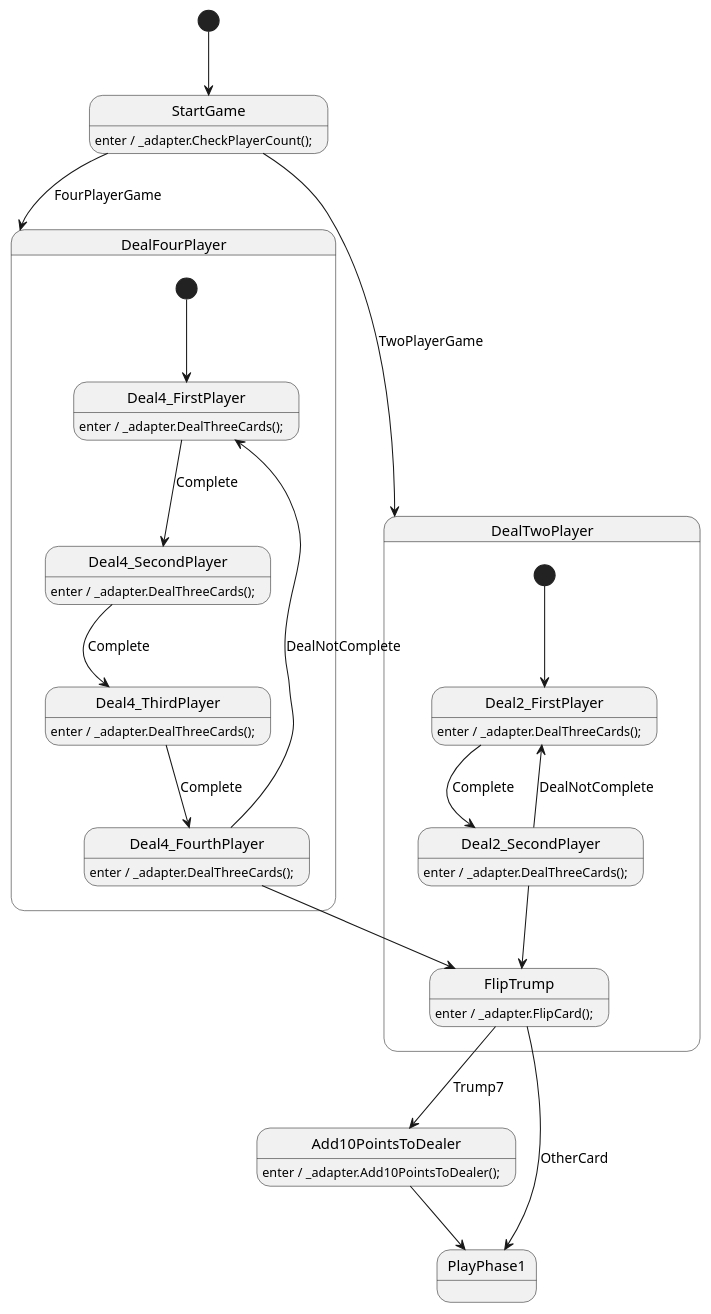
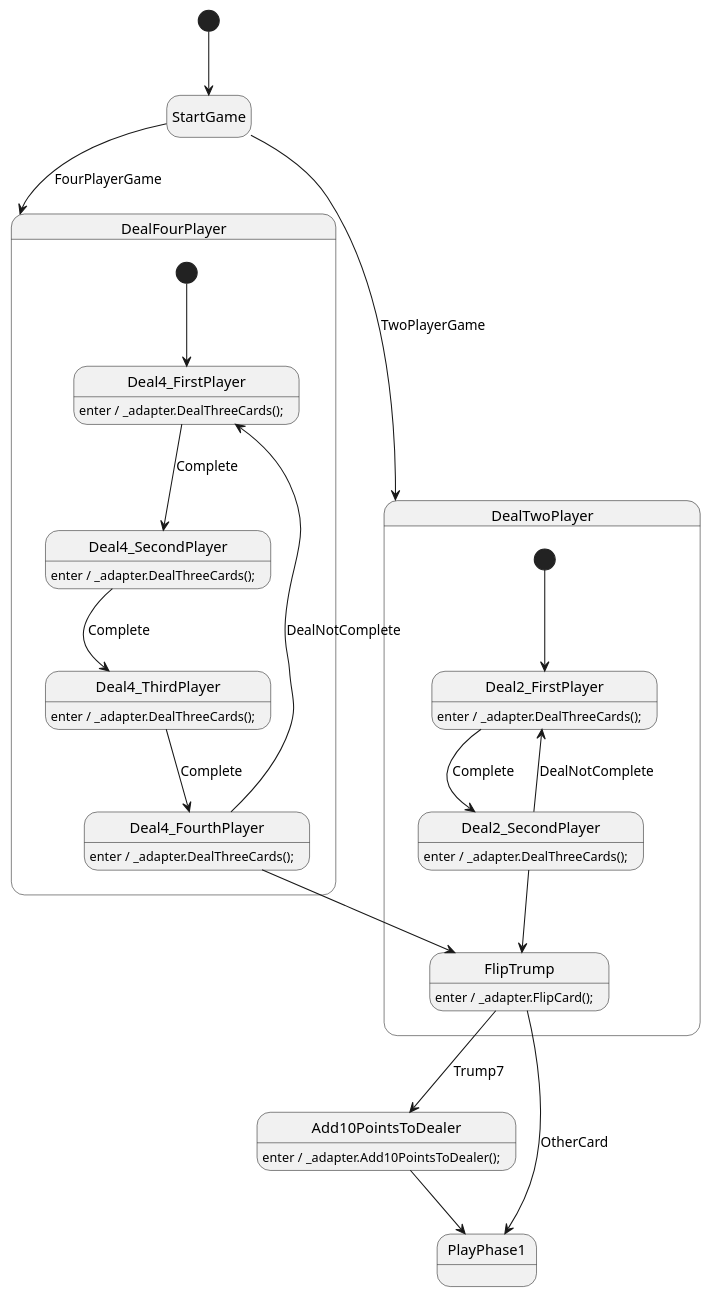
The diagram in BeziqueCore/Bezique.puml (shefat2002/BeziqueCore), drawn with PlantUML before and after one commit. The commit also changed 43 other files, not shown here.

```diff
--- a/BeziqueCore/Bezique.puml
+++ b/BeziqueCore/Bezique.puml
@@ -1,193 +1,191 @@
 @startuml Bezique
 
 /'! $CONFIG : toml
 SmRunnerSettings.transpilerId = "CSharp"
 
 [RenderConfig.CSharp]
 NameSpace = "BeziqueCore;"
 '/
 
 hide empty description
 skinparam stateMessageAlignment center
 
 state StartGame
 
 [*] --> StartGame
 StartGame --> DealTwoPlayer : TwoPlayerGame
 StartGame --> DealFourPlayer : FourPlayerGame
-
-StartGame : enter / _adapter.CheckPlayerCount();
 
 state DealTwoPlayer{
     state Deal2_FirstPlayer
     state Deal2_SecondPlayer
     
     [*] -down-> Deal2_FirstPlayer 
     Deal2_FirstPlayer --> Deal2_SecondPlayer : Complete
     Deal2_SecondPlayer --> Deal2_FirstPlayer : DealNotComplete
     Deal2_SecondPlayer --> FlipTrump
     
     Deal2_FirstPlayer : enter / _adapter.DealThreeCards();
     Deal2_SecondPlayer : enter / _adapter.DealThreeCards();
     
 }
 
 state DealFourPlayer{
     state Deal4_FirstPlayer
     state Deal4_SecondPlayer
     state Deal4_ThirdPlayer
     state Deal4_FourthPlayer
     
     [*] -down-> Deal4_FirstPlayer 
     Deal4_FirstPlayer --> Deal4_SecondPlayer : Complete
     Deal4_SecondPlayer --> Deal4_ThirdPlayer : Complete
     Deal4_ThirdPlayer --> Deal4_FourthPlayer : Complete
     Deal4_FourthPlayer --> Deal4_FirstPlayer : DealNotComplete
     Deal4_FourthPlayer --> FlipTrump
     
     Deal4_FirstPlayer : enter / _adapter.DealThreeCards();
     Deal4_SecondPlayer : enter / _adapter.DealThreeCards();
     Deal4_ThirdPlayer : enter / _adapter.DealThreeCards();
     Deal4_FourthPlayer : enter / _adapter.DealThreeCards();
 }
 
 
 
 state FlipTrump
 
 FlipTrump : enter / _adapter.FlipCard();
 
 FlipTrump --> Add10PointsToDealer : Trump7
 FlipTrump --> PlayPhase1 : OtherCard
 
 Add10PointsToDealer : enter / _adapter.Add10PointsToDealer();
 
 Add10PointsToDealer --> PlayPhase1
 
 state PlayPhase1{
 
 }
 
 
 'state StartGame
 '
 '
 'state Deal2Player {
 '    [*] -> Deal2_1
 '
 '
 '    Deal2_1 -> Deal2_2 :  Complete;
 '    Deal2_2 --> Deal2_1 : Pending;
 '    Deal2_2 --> SelectTrump : Complete;
 '
 '    Deal2_1 : enter / _adapter.Deal2_1()
 '    Deal2_2 : enter / _adapter.Deal2_2()
 '}
 'state Deal4Player {
 '    [*] -> Deal4_1
 '
 '
 '    Deal4_1 -> Deal4_2 : Complete;
 '    Deal4_2 -> Deal4_3 : Complete;
 '    Deal4_3 -> Deal4_4 : Complete;
 '    
 '    DealFirst -> DealLast : Complete;
 '    DealLast --> DealFirst : Complete;
 '
 '    Deal4_1 : enter / _adapter.DealFirst()
 '    Deal4_2 : enter / _adapter.DealThird()
 '    Deal4_3 : enter / _adapter.DealSecond()
 '    Deal4_4 : enter / _adapter.DealLastSet()
 '}
 '
 '[*] -> StartGame
 'StartGame --> Deal2Player : _adapter.isTwoPlayerGame();
 '
 '
 'state SelectTrump{
 '    SelectTrump : enter / _adapter.SelectTrump()
 '    
 '    SelectTrump --> Play : Complete
 '}
 '
 'state Play {
 '    [*] -> PlayFirst
 '
 '    state PlayFirst
 '    state PlayMid
 '    state PlayLast
 '
 '    PlayFirst : enter / _adapter.PlayFirstCard()
 '    PlayFirst -> PlayMid : HasMid
 '    PlayFirst -> PlayLast : Complete
 '
 '    PlayMid : enter / _adapter.PlayMidCard()
 '    PlayMid -> PlayLast : Complete
 '
 '    PlayLast : enter / _adapter.PlayLastCard()
 '    PlayLast --> Meld : Complete
 '}
 '
 'state Meld {
 '    [*] -> TryMelded
 '
 '    state TryMelded
 '    state Melded
 '    state NoMeld
 '
 '    TryMelded : enter / _adapter.TryMeld()
 '    TryMelded -> Melded : Success
 '    TryMelded -> NoMeld : Failed
 '
 '    Melded : enter / _adapter.MeldSuccess()
 '    Melded -> NewTrick : Complete
 '
 '    NoMeld : enter / _adapter.MeldFailed()
 '    NoMeld --> NewTrick : Complete
 '}
 '
 'state NewTrick
 'NewTrick : enter / _adapter.StartNewTrick()
 'NewTrick -> AddOneCardToAll : Complete
 '
 'state AddOneCardToAll
 'AddOneCardToAll : enter / _adapter.DrawCardsForAll()
 'AddOneCardToAll --> Play : Complete
 'AddOneCardToAll --> L9Play : DeckEmpty
 '
 'state L9Play {
 '    [*] -> L9PlayFirst
 '
 '    state L9PlayFirst
 '    state L9PlayMid
 '    state L9PlayLast
 '
 '    L9PlayFirst : enter / _adapter.L9PlayFirstCard()
 '    L9PlayFirst --> L9PlayMid : HasMid
 '    L9PlayFirst --> L9PlayLast : Complete
 '
 '    L9PlayMid : enter / _adapter.L9PlayMidCard()
 '    L9PlayMid --> L9PlayLast : Complete
 '
 '    L9PlayLast : enter / _adapter.L9PlayLastCard()
 '    L9PlayLast --> L9NewTrick : Complete
 '}
 '
 'state L9NewTrick
 'L9NewTrick : enter / _adapter.StartL9NewTrick()
 'L9NewTrick --> L9Play : Complete
 'L9NewTrick --> RoundEnd : NoCard
 '
 'state RoundEnd
 'RoundEnd : enter / _adapter.EndRound()
 'RoundEnd -> CalculatePoint : Complete
 '
 'state CalculatePoint
 'CalculatePoint : enter / _adapter.CalculatePoints()
 'CalculatePoint --> Deal : Complete
 'CalculatePoint --> GameOver : WinningScore
 '
 'state GameOver
 'GameOver : enter / _adapter.GameOver()
 
 @enduml
```
